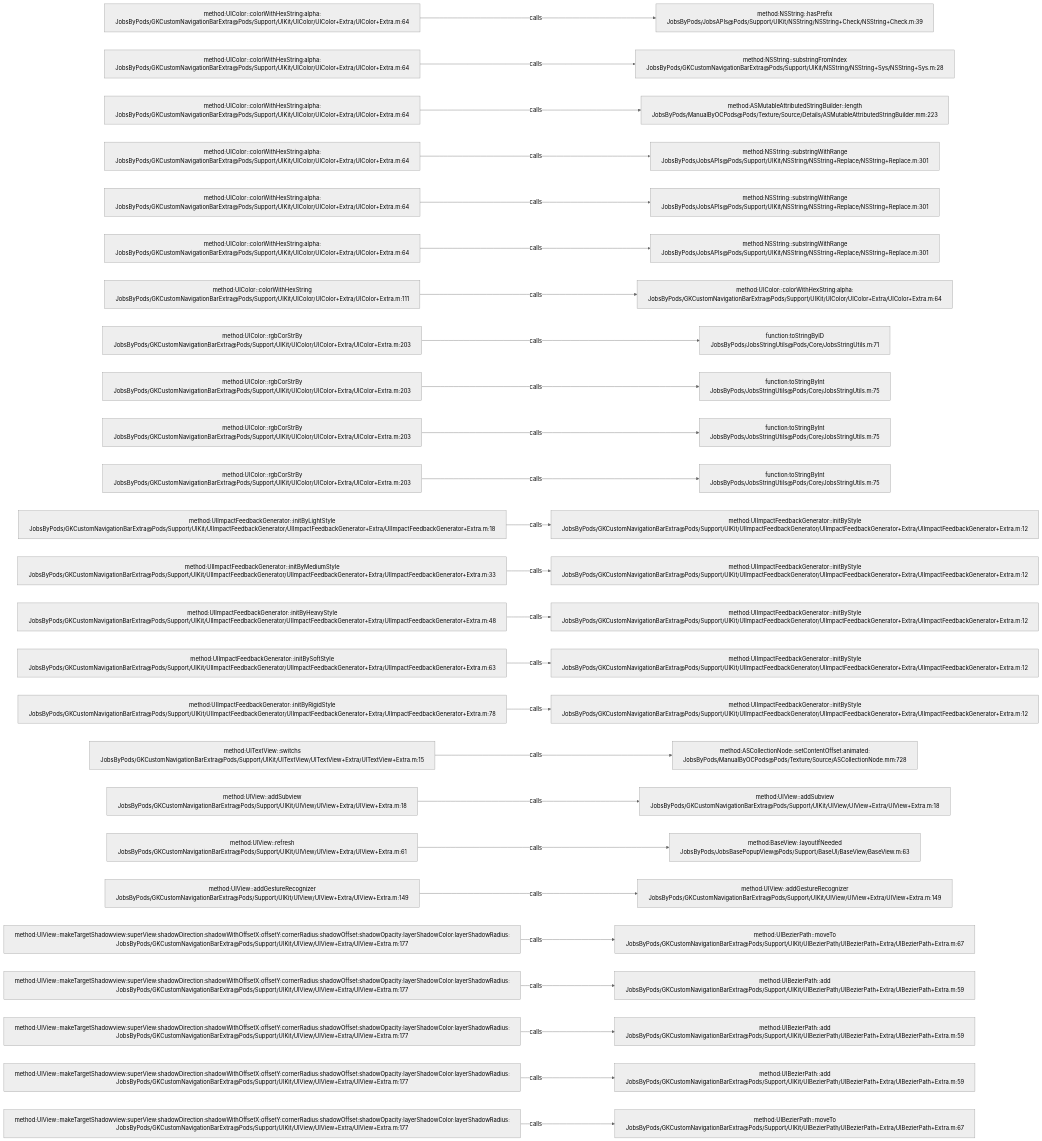
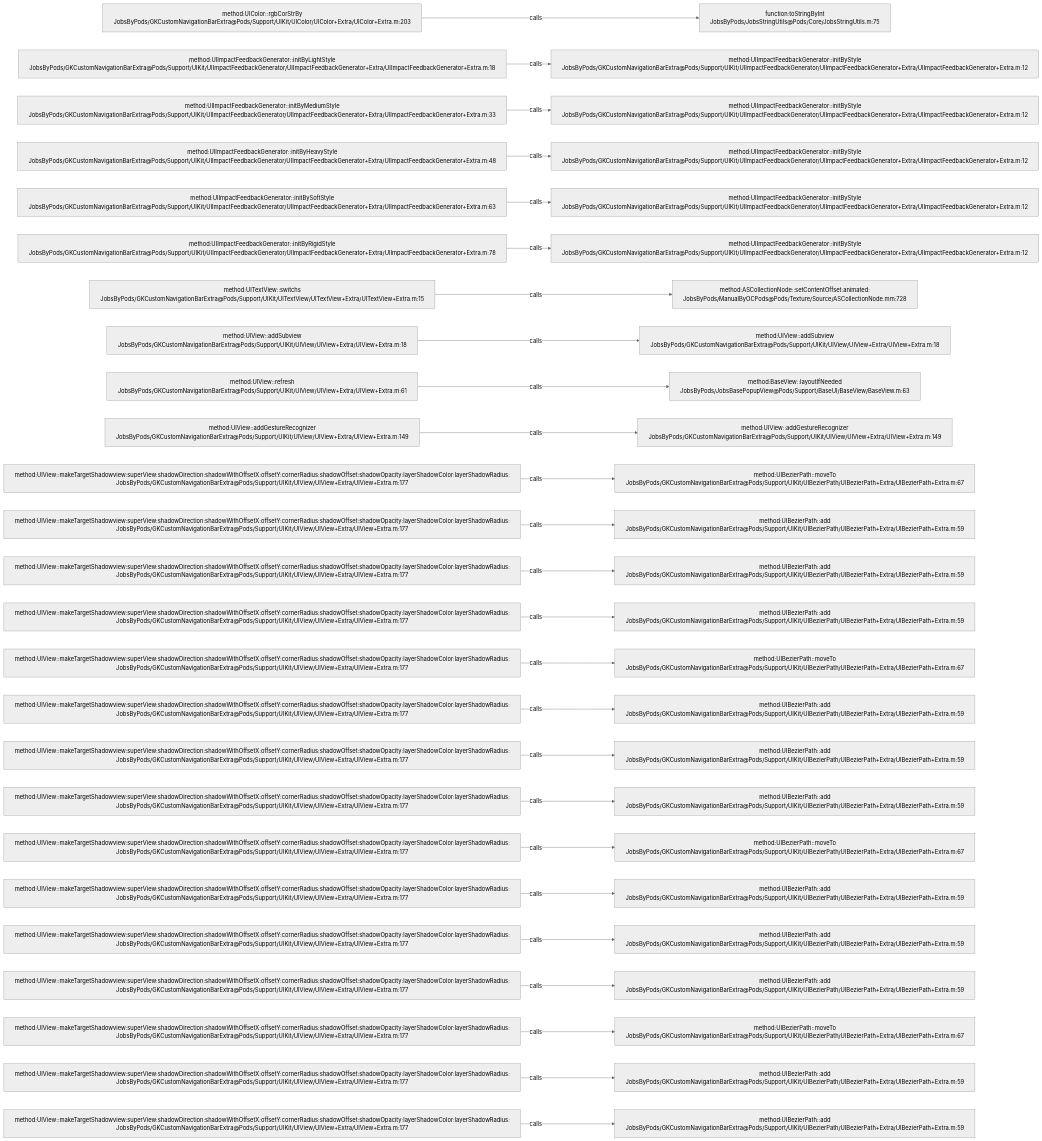
The diagram in .codegraph/codegraph.md/graphs/calls-007.md (JobsKits/JobsOCBaseConfigDemo), drawn with Mermaid (neutral theme) before and after one commit. The commit also changed 639 other files, not shown here.

````diff
--- a/.codegraph/codegraph.md/graphs/calls-007.md
+++ b/.codegraph/codegraph.md/graphs/calls-007.md
@@ -13,78 +13,78 @@
 ```mermaid
 flowchart LR
-  S1["method:UIColor::colorWithHexString:alpha:<br/>JobsByPods/GKCustomNavigationBarExtra@Pods/Support/UIKit/UIColor/UIColor+Extra/UIColor+Extra.m:64"]
-  T1["method:NSString::hasPrefix<br/>JobsByPods/JobsAPIs@Pods/Support/UIKit/NSString/NSString+Check/NSString+Check.m:39"]
+  S1["method:UIColor::rgbCorStrBy<br/>JobsByPods/GKCustomNavigationBarExtra@Pods/Support/UIKit/UIColor/UIColor+Extra/UIColor+Extra.m:203"]
+  T1["function:toStringByInt<br/>JobsByPods/JobsStringUtils@Pods/Core/JobsStringUtils.m:75"]
   S1 -->|calls| T1
-  S2["method:UIColor::colorWithHexString:alpha:<br/>JobsByPods/GKCustomNavigationBarExtra@Pods/Support/UIKit/UIColor/UIColor+Extra/UIColor+Extra.m:64"]
-  T2["method:NSString::substringFromIndex<br/>JobsByPods/GKCustomNavigationBarExtra@Pods/Support/UIKit/NSString/NSString+Sys/NSString+Sys.m:28"]
+  S2["method:UIImpactFeedbackGenerator::initByLightStyle<br/>JobsByPods/GKCustomNavigationBarExtra@Pods/Support/UIKit/UIImpactFeedbackGenerator/UIImpactFeedbackGenerator+Extra/UIImpactFeedbackGenerator+Extra.m:18"]
+  T2["method:UIImpactFeedbackGenerator::initByStyle<br/>JobsByPods/GKCustomNavigationBarExtra@Pods/Support/UIKit/UIImpactFeedbackGenerator/UIImpactFeedbackGenerator+Extra/UIImpactFeedbackGenerator+Extra.m:12"]
   S2 -->|calls| T2
-  S3["method:UIColor::colorWithHexString:alpha:<br/>JobsByPods/GKCustomNavigationBarExtra@Pods/Support/UIKit/UIColor/UIColor+Extra/UIColor+Extra.m:64"]
-  T3["method:ASMutableAttributedStringBuilder::length<br/>JobsByPods/ManualByOCPods@Pods/Texture/Source/Details/ASMutableAttributedStringBuilder.mm:223"]
+  S3["method:UIImpactFeedbackGenerator::initByMediumStyle<br/>JobsByPods/GKCustomNavigationBarExtra@Pods/Support/UIKit/UIImpactFeedbackGenerator/UIImpactFeedbackGenerator+Extra/UIImpactFeedbackGenerator+Extra.m:33"]
+  T3["method:UIImpactFeedbackGenerator::initByStyle<br/>JobsByPods/GKCustomNavigationBarExtra@Pods/Support/UIKit/UIImpactFeedbackGenerator/UIImpactFeedbackGenerator+Extra/UIImpactFeedbackGenerator+Extra.m:12"]
   S3 -->|calls| T3
-  S4["method:UIColor::colorWithHexString:alpha:<br/>JobsByPods/GKCustomNavigationBarExtra@Pods/Support/UIKit/UIColor/UIColor+Extra/UIColor+Extra.m:64"]
-  T4["method:NSString::substringWithRange<br/>JobsByPods/JobsAPIs@Pods/Support/UIKit/NSString/NSString+Replace/NSString+Replace.m:301"]
+  S4["method:UIImpactFeedbackGenerator::initByHeavyStyle<br/>JobsByPods/GKCustomNavigationBarExtra@Pods/Support/UIKit/UIImpactFeedbackGenerator/UIImpactFeedbackGenerator+Extra/UIImpactFeedbackGenerator+Extra.m:48"]
+  T4["method:UIImpactFeedbackGenerator::initByStyle<br/>JobsByPods/GKCustomNavigationBarExtra@Pods/Support/UIKit/UIImpactFeedbackGenerator/UIImpactFeedbackGenerator+Extra/UIImpactFeedbackGenerator+Extra.m:12"]
   S4 -->|calls| T4
-  S5["method:UIColor::colorWithHexString:alpha:<br/>JobsByPods/GKCustomNavigationBarExtra@Pods/Support/UIKit/UIColor/UIColor+Extra/UIColor+Extra.m:64"]
-  T5["method:NSString::substringWithRange<br/>JobsByPods/JobsAPIs@Pods/Support/UIKit/NSString/NSString+Replace/NSString+Replace.m:301"]
+  S5["method:UIImpactFeedbackGenerator::initBySoftStyle<br/>JobsByPods/GKCustomNavigationBarExtra@Pods/Support/UIKit/UIImpactFeedbackGenerator/UIImpactFeedbackGenerator+Extra/UIImpactFeedbackGenerator+Extra.m:63"]
+  T5["method:UIImpactFeedbackGenerator::initByStyle<br/>JobsByPods/GKCustomNavigationBarExtra@Pods/Support/UIKit/UIImpactFeedbackGenerator/UIImpactFeedbackGenerator+Extra/UIImpactFeedbackGenerator+Extra.m:12"]
   S5 -->|calls| T5
-  S6["method:UIColor::colorWithHexString:alpha:<br/>JobsByPods/GKCustomNavigationBarExtra@Pods/Support/UIKit/UIColor/UIColor+Extra/UIColor+Extra.m:64"]
-  T6["method:NSString::substringWithRange<br/>JobsByPods/JobsAPIs@Pods/Support/UIKit/NSString/NSString+Replace/NSString+Replace.m:301"]
+  S6["method:UIImpactFeedbackGenerator::initByRigidStyle<br/>JobsByPods/GKCustomNavigationBarExtra@Pods/Support/UIKit/UIImpactFeedbackGenerator/UIImpactFeedbackGenerator+Extra/UIImpactFeedbackGenerator+Extra.m:78"]
+  T6["method:UIImpactFeedbackGenerator::initByStyle<br/>JobsByPods/GKCustomNavigationBarExtra@Pods/Support/UIKit/UIImpactFeedbackGenerator/UIImpactFeedbackGenerator+Extra/UIImpactFeedbackGenerator+Extra.m:12"]
   S6 -->|calls| T6
-  S7["method:UIColor::colorWithHexString<br/>JobsByPods/GKCustomNavigationBarExtra@Pods/Support/UIKit/UIColor/UIColor+Extra/UIColor+Extra.m:111"]
-  T7["method:UIColor::colorWithHexString:alpha:<br/>JobsByPods/GKCustomNavigationBarExtra@Pods/Support/UIKit/UIColor/UIColor+Extra/UIColor+Extra.m:64"]
+  S7["method:UITextView::switchs<br/>JobsByPods/GKCustomNavigationBarExtra@Pods/Support/UIKit/UITextView/UITextView+Extra/UITextView+Extra.m:15"]
+  T7["method:ASCollectionNode::setContentOffset:animated:<br/>JobsByPods/ManualByOCPods@Pods/Texture/Source/ASCollectionNode.mm:728"]
   S7 -->|calls| T7
-  S8["method:UIColor::rgbCorStrBy<br/>JobsByPods/GKCustomNavigationBarExtra@Pods/Support/UIKit/UIColor/UIColor+Extra/UIColor+Extra.m:203"]
-  T8["function:toStringByID<br/>JobsByPods/JobsStringUtils@Pods/Core/JobsStringUtils.m:71"]
+  S8["method:UIView::addSubview<br/>JobsByPods/GKCustomNavigationBarExtra@Pods/Support/UIKit/UIView/UIView+Extra/UIView+Extra.m:18"]
+  T8["method:UIView::addSubview<br/>JobsByPods/GKCustomNavigationBarExtra@Pods/Support/UIKit/UIView/UIView+Extra/UIView+Extra.m:18"]
   S8 -->|calls| T8
-  S9["method:UIColor::rgbCorStrBy<br/>JobsByPods/GKCustomNavigationBarExtra@Pods/Support/UIKit/UIColor/UIColor+Extra/UIColor+Extra.m:203"]
-  T9["function:toStringByInt<br/>JobsByPods/JobsStringUtils@Pods/Core/JobsStringUtils.m:75"]
+  S9["method:UIView::refresh<br/>JobsByPods/GKCustomNavigationBarExtra@Pods/Support/UIKit/UIView/UIView+Extra/UIView+Extra.m:61"]
+  T9["method:BaseView::layoutIfNeeded<br/>JobsByPods/JobsBasePopupView@Pods/Support/BaseUI/BaseView/BaseView.m:63"]
   S9 -->|calls| T9
-  S10["method:UIColor::rgbCorStrBy<br/>JobsByPods/GKCustomNavigationBarExtra@Pods/Support/UIKit/UIColor/UIColor+Extra/UIColor+Extra.m:203"]
-  T10["function:toStringByInt<br/>JobsByPods/JobsStringUtils@Pods/Core/JobsStringUtils.m:75"]
+  S10["method:UIView::addGestureRecognizer<br/>JobsByPods/GKCustomNavigationBarExtra@Pods/Support/UIKit/UIView/UIView+Extra/UIView+Extra.m:149"]
+  T10["method:UIView::addGestureRecognizer<br/>JobsByPods/GKCustomNavigationBarExtra@Pods/Support/UIKit/UIView/UIView+Extra/UIView+Extra.m:149"]
   S10 -->|calls| T10
-  S11["method:UIColor::rgbCorStrBy<br/>JobsByPods/GKCustomNavigationBarExtra@Pods/Support/UIKit/UIColor/UIColor+Extra/UIColor+Extra.m:203"]
-  T11["function:toStringByInt<br/>JobsByPods/JobsStringUtils@Pods/Core/JobsStringUtils.m:75"]
+  S11["method:UIView::makeTargetShadowview:superView:shadowDirection:shadowWithOffsetX:offsetY:cornerRadius:shadowOffset:shadowOpacity:layerShadowColor:layerShadowRadius:<br/>JobsByPods/GKCustomNavigationBarExtra@Pods/Support/UIKit/UIView/UIView+Extra/UIView+Extra.m:177"]
+  T11["method:UIBezierPath::moveTo<br/>JobsByPods/GKCustomNavigationBarExtra@Pods/Support/UIKit/UIBezierPath/UIBezierPath+Extra/UIBezierPath+Extra.m:67"]
   S11 -->|calls| T11
-  S12["method:UIImpactFeedbackGenerator::initByLightStyle<br/>JobsByPods/GKCustomNavigationBarExtra@Pods/Support/UIKit/UIImpactFeedbackGenerator/UIImpactFeedbackGenerator+Extra/UIImpactFeedbackGenerator+Extra.m:18"]
-  T12["method:UIImpactFeedbackGenerator::initByStyle<br/>JobsByPods/GKCustomNavigationBarExtra@Pods/Support/UIKit/UIImpactFeedbackGenerator/UIImpactFeedbackGenerator+Extra/UIImpactFeedbackGenerator+Extra.m:12"]
+  S12["method:UIView::makeTargetShadowview:superView:shadowDirection:shadowWithOffsetX:offsetY:cornerRadius:shadowOffset:shadowOpacity:layerShadowColor:layerShadowRadius:<br/>JobsByPods/GKCustomNavigationBarExtra@Pods/Support/UIKit/UIView/UIView+Extra/UIView+Extra.m:177"]
+  T12["method:UIBezierPath::add<br/>JobsByPods/GKCustomNavigationBarExtra@Pods/Support/UIKit/UIBezierPath/UIBezierPath+Extra/UIBezierPath+Extra.m:59"]
   S12 -->|calls| T12
-  S13["method:UIImpactFeedbackGenerator::initByMediumStyle<br/>JobsByPods/GKCustomNavigationBarExtra@Pods/Support/UIKit/UIImpactFeedbackGenerator/UIImpactFeedbackGenerator+Extra/UIImpactFeedbackGenerator+Extra.m:33"]
-  T13["method:UIImpactFeedbackGenerator::initByStyle<br/>JobsByPods/GKCustomNavigationBarExtra@Pods/Support/UIKit/UIImpactFeedbackGenerator/UIImpactFeedbackGenerator+Extra/UIImpactFeedbackGenerator+Extra.m:12"]
+  S13["method:UIView::makeTargetShadowview:superView:shadowDirection:shadowWithOffsetX:offsetY:cornerRadius:shadowOffset:shadowOpacity:layerShadowColor:layerShadowRadius:<br/>JobsByPods/GKCustomNavigationBarExtra@Pods/Support/UIKit/UIView/UIView+Extra/UIView+Extra.m:177"]
+  T13["method:UIBezierPath::add<br/>JobsByPods/GKCustomNavigationBarExtra@Pods/Support/UIKit/UIBezierPath/UIBezierPath+Extra/UIBezierPath+Extra.m:59"]
   S13 -->|calls| T13
-  S14["method:UIImpactFeedbackGenerator::initByHeavyStyle<br/>JobsByPods/GKCustomNavigationBarExtra@Pods/Support/UIKit/UIImpactFeedbackGenerator/UIImpactFeedbackGenerator+Extra/UIImpactFeedbackGenerator+Extra.m:48"]
-  T14["method:UIImpactFeedbackGenerator::initByStyle<br/>JobsByPods/GKCustomNavigationBarExtra@Pods/Support/UIKit/UIImpactFeedbackGenerator/UIImpactFeedbackGenerator+Extra/UIImpactFeedbackGenerator+Extra.m:12"]
+  S14["method:UIView::makeTargetShadowview:superView:shadowDirection:shadowWithOffsetX:offsetY:cornerRadius:shadowOffset:shadowOpacity:layerShadowColor:layerShadowRadius:<br/>JobsByPods/GKCustomNavigationBarExtra@Pods/Support/UIKit/UIView/UIView+Extra/UIView+Extra.m:177"]
+  T14["method:UIBezierPath::add<br/>JobsByPods/GKCustomNavigationBarExtra@Pods/Support/UIKit/UIBezierPath/UIBezierPath+Extra/UIBezierPath+Extra.m:59"]
   S14 -->|calls| T14
-  S15["method:UIImpactFeedbackGenerator::initBySoftStyle<br/>JobsByPods/GKCustomNavigationBarExtra@Pods/Support/UIKit/UIImpactFeedbackGenerator/UIImpactFeedbackGenerator+Extra/UIImpactFeedbackGenerator+Extra.m:63"]
-  T15["method:UIImpactFeedbackGenerator::initByStyle<br/>JobsByPods/GKCustomNavigationBarExtra@Pods/Support/UIKit/UIImpactFeedbackGenerator/UIImpactFeedbackGenerator+Extra/UIImpactFeedbackGenerator+Extra.m:12"]
+  S15["method:UIView::makeTargetShadowview:superView:shadowDirection:shadowWithOffsetX:offsetY:cornerRadius:shadowOffset:shadowOpacity:layerShadowColor:layerShadowRadius:<br/>JobsByPods/GKCustomNavigationBarExtra@Pods/Support/UIKit/UIView/UIView+Extra/UIView+Extra.m:177"]
+  T15["method:UIBezierPath::moveTo<br/>JobsByPods/GKCustomNavigationBarExtra@Pods/Support/UIKit/UIBezierPath/UIBezierPath+Extra/UIBezierPath+Extra.m:67"]
   S15 -->|calls| T15
-  S16["method:UIImpactFeedbackGenerator::initByRigidStyle<br/>JobsByPods/GKCustomNavigationBarExtra@Pods/Support/UIKit/UIImpactFeedbackGenerator/UIImpactFeedbackGenerator+Extra/UIImpactFeedbackGenerator+Extra.m:78"]
-  T16["method:UIImpactFeedbackGenerator::initByStyle<br/>JobsByPods/GKCustomNavigationBarExtra@Pods/Support/UIKit/UIImpactFeedbackGenerator/UIImpactFeedbackGenerator+Extra/UIImpactFeedbackGenerator+Extra.m:12"]
+  S16["method:UIView::makeTargetShadowview:superView:shadowDirection:shadowWithOffsetX:offsetY:cornerRadius:shadowOffset:shadowOpacity:layerShadowColor:layerShadowRadius:<br/>JobsByPods/GKCustomNavigationBarExtra@Pods/Support/UIKit/UIView/UIView+Extra/UIView+Extra.m:177"]
+  T16["method:UIBezierPath::add<br/>JobsByPods/GKCustomNavigationBarExtra@Pods/Support/UIKit/UIBezierPath/UIBezierPath+Extra/UIBezierPath+Extra.m:59"]
   S16 -->|calls| T16
-  S17["method:UITextView::switchs<br/>JobsByPods/GKCustomNavigationBarExtra@Pods/Support/UIKit/UITextView/UITextView+Extra/UITextView+Extra.m:15"]
-  T17["method:ASCollectionNode::setContentOffset:animated:<br/>JobsByPods/ManualByOCPods@Pods/Texture/Source/ASCollectionNode.mm:728"]
+  S17["method:UIView::makeTargetShadowview:superView:shadowDirection:shadowWithOffsetX:offsetY:cornerRadius:shadowOffset:shadowOpacity:layerShadowColor:layerShadowRadius:<br/>JobsByPods/GKCustomNavigationBarExtra@Pods/Support/UIKit/UIView/UIView+Extra/UIView+Extra.m:177"]
+  T17["method:UIBezierPath::add<br/>JobsByPods/GKCustomNavigationBarExtra@Pods/Support/UIKit/UIBezierPath/UIBezierPath+Extra/UIBezierPath+Extra.m:59"]
   S17 -->|calls| T17
-  S18["method:UIView::addSubview<br/>JobsByPods/GKCustomNavigationBarExtra@Pods/Support/UIKit/UIView/UIView+Extra/UIView+Extra.m:18"]
-  T18["method:UIView::addSubview<br/>JobsByPods/GKCustomNavigationBarExtra@Pods/Support/UIKit/UIView/UIView+Extra/UIView+Extra.m:18"]
+  S18["method:UIView::makeTargetShadowview:superView:shadowDirection:shadowWithOffsetX:offsetY:cornerRadius:shadowOffset:shadowOpacity:layerShadowColor:layerShadowRadius:<br/>JobsByPods/GKCustomNavigationBarExtra@Pods/Support/UIKit/UIView/UIView+Extra/UIView+Extra.m:177"]
+  T18["method:UIBezierPath::add<br/>JobsByPods/GKCustomNavigationBarExtra@Pods/Support/UIKit/UIBezierPath/UIBezierPath+Extra/UIBezierPath+Extra.m:59"]
   S18 -->|calls| T18
-  S19["method:UIView::refresh<br/>JobsByPods/GKCustomNavigationBarExtra@Pods/Support/UIKit/UIView/UIView+Extra/UIView+Extra.m:61"]
-  T19["method:BaseView::layoutIfNeeded<br/>JobsByPods/JobsBasePopupView@Pods/Support/BaseUI/BaseView/BaseView.m:63"]
+  S19["method:UIView::makeTargetShadowview:superView:shadowDirection:shadowWithOffsetX:offsetY:cornerRadius:shadowOffset:shadowOpacity:layerShadowColor:layerShadowRadius:<br/>JobsByPods/GKCustomNavigationBarExtra@Pods/Support/UIKit/UIView/UIView+Extra/UIView+Extra.m:177"]
+  T19["method:UIBezierPath::moveTo<br/>JobsByPods/GKCustomNavigationBarExtra@Pods/Support/UIKit/UIBezierPath/UIBezierPath+Extra/UIBezierPath+Extra.m:67"]
   S19 -->|calls| T19
-  S20["method:UIView::addGestureRecognizer<br/>JobsByPods/GKCustomNavigationBarExtra@Pods/Support/UIKit/UIView/UIView+Extra/UIView+Extra.m:149"]
-  T20["method:UIView::addGestureRecognizer<br/>JobsByPods/GKCustomNavigationBarExtra@Pods/Support/UIKit/UIView/UIView+Extra/UIView+Extra.m:149"]
+  S20["method:UIView::makeTargetShadowview:superView:shadowDirection:shadowWithOffsetX:offsetY:cornerRadius:shadowOffset:shadowOpacity:layerShadowColor:layerShadowRadius:<br/>JobsByPods/GKCustomNavigationBarExtra@Pods/Support/UIKit/UIView/UIView+Extra/UIView+Extra.m:177"]
+  T20["method:UIBezierPath::add<br/>JobsByPods/GKCustomNavigationBarExtra@Pods/Support/UIKit/UIBezierPath/UIBezierPath+Extra/UIBezierPath+Extra.m:59"]
   S20 -->|calls| T20
   S21["method:UIView::makeTargetShadowview:superView:shadowDirection:shadowWithOffsetX:offsetY:cornerRadius:shadowOffset:shadowOpacity:layerShadowColor:layerShadowRadius:<br/>JobsByPods/GKCustomNavigationBarExtra@Pods/Support/UIKit/UIView/UIView+Extra/UIView+Extra.m:177"]
-  T21["method:UIBezierPath::moveTo<br/>JobsByPods/GKCustomNavigationBarExtra@Pods/Support/UIKit/UIBezierPath/UIBezierPath+Extra/UIBezierPath+Extra.m:67"]
+  T21["method:UIBezierPath::add<br/>JobsByPods/GKCustomNavigationBarExtra@Pods/Support/UIKit/UIBezierPath/UIBezierPath+Extra/UIBezierPath+Extra.m:59"]
   S21 -->|calls| T21
   S22["method:UIView::makeTargetShadowview:superView:shadowDirection:shadowWithOffsetX:offsetY:cornerRadius:shadowOffset:shadowOpacity:layerShadowColor:layerShadowRadius:<br/>JobsByPods/GKCustomNavigationBarExtra@Pods/Support/UIKit/UIView/UIView+Extra/UIView+Extra.m:177"]
   T22["method:UIBezierPath::add<br/>JobsByPods/GKCustomNavigationBarExtra@Pods/Support/UIKit/UIBezierPath/UIBezierPath+Extra/UIBezierPath+Extra.m:59"]
   S22 -->|calls| T22
   S23["method:UIView::makeTargetShadowview:superView:shadowDirection:shadowWithOffsetX:offsetY:cornerRadius:shadowOffset:shadowOpacity:layerShadowColor:layerShadowRadius:<br/>JobsByPods/GKCustomNavigationBarExtra@Pods/Support/UIKit/UIView/UIView+Extra/UIView+Extra.m:177"]
-  T23["method:UIBezierPath::add<br/>JobsByPods/GKCustomNavigationBarExtra@Pods/Support/UIKit/UIBezierPath/UIBezierPath+Extra/UIBezierPath+Extra.m:59"]
+  T23["method:UIBezierPath::moveTo<br/>JobsByPods/GKCustomNavigationBarExtra@Pods/Support/UIKit/UIBezierPath/UIBezierPath+Extra/UIBezierPath+Extra.m:67"]
   S23 -->|calls| T23
   S24["method:UIView::makeTargetShadowview:superView:shadowDirection:shadowWithOffsetX:offsetY:cornerRadius:shadowOffset:shadowOpacity:layerShadowColor:layerShadowRadius:<br/>JobsByPods/GKCustomNavigationBarExtra@Pods/Support/UIKit/UIView/UIView+Extra/UIView+Extra.m:177"]
   T24["method:UIBezierPath::add<br/>JobsByPods/GKCustomNavigationBarExtra@Pods/Support/UIKit/UIBezierPath/UIBezierPath+Extra/UIBezierPath+Extra.m:59"]
   S24 -->|calls| T24
   S25["method:UIView::makeTargetShadowview:superView:shadowDirection:shadowWithOffsetX:offsetY:cornerRadius:shadowOffset:shadowOpacity:layerShadowColor:layerShadowRadius:<br/>JobsByPods/GKCustomNavigationBarExtra@Pods/Support/UIKit/UIView/UIView+Extra/UIView+Extra.m:177"]
-  T25["method:UIBezierPath::moveTo<br/>JobsByPods/GKCustomNavigationBarExtra@Pods/Support/UIKit/UIBezierPath/UIBezierPath+Extra/UIBezierPath+Extra.m:67"]
+  T25["method:UIBezierPath::add<br/>JobsByPods/GKCustomNavigationBarExtra@Pods/Support/UIKit/UIBezierPath/UIBezierPath+Extra/UIBezierPath+Extra.m:59"]
   S25 -->|calls| T25
 ```
````
